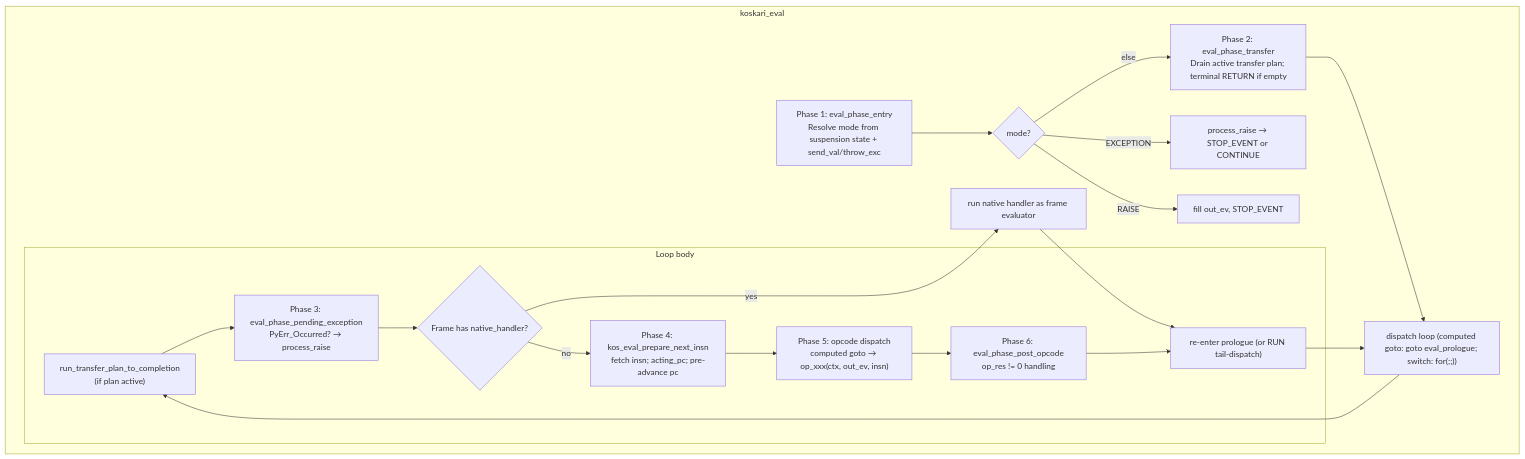
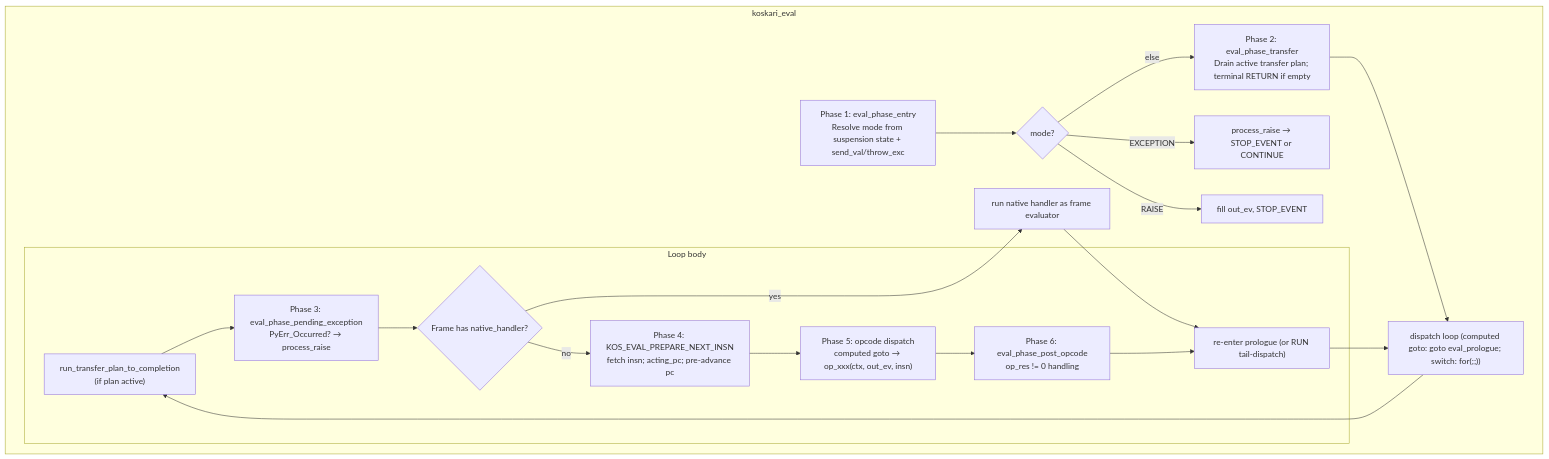
One commit to koskari-lang/koskari changed the first of 10 diagrams in design/EVALUATOR.md. Above: the diagram before and after it, drawn with Mermaid. The commit also changed other lines of this file and 12 other files, not shown here.

First line of the commit message:
eval: KOS_EVAL_PREPARE_NEXT_INSN macro; remove intern tracing

````diff
--- a/design/EVALUATOR.md
+++ b/design/EVALUATOR.md
@@ -26,31 +26,31 @@
 ```mermaid
 flowchart TD
     subgraph koskari_eval["koskari_eval"]
         P1["Phase 1: eval_phase_entry<br/>Resolve mode from suspension state + send_val/throw_exc"]
         mode_check{"mode?"}
         P2["Phase 2: eval_phase_transfer<br/>Drain active transfer plan; terminal RETURN if empty"]
         loop_start["dispatch loop (computed goto: goto eval_prologue; switch: for(;;))"]
 
         subgraph loop["Loop body"]
             Xfer["run_transfer_plan_to_completion<br/>(if plan active)"]
             P3["Phase 3: eval_phase_pending_exception<br/>PyErr_Occurred? → process_raise"]
             Native{"Frame has native_handler?"}
-            P4["Phase 4: kos_eval_prepare_next_insn<br>fetch insn; acting_pc; pre-advance pc"]
+            P4["Phase 4: KOS_EVAL_PREPARE_NEXT_INSN<br>fetch insn; acting_pc; pre-advance pc"]
             P5["Phase 5: opcode dispatch<br/>computed goto → op_xxx(ctx, out_ev, insn)"]
             P6["Phase 6: eval_phase_post_opcode<br>op_res != 0 handling"]
             next["re-enter prologue (or RUN tail-dispatch)"]
         end
 
         P1 --> mode_check
         mode_check -->|"EXCEPTION"| process_raise_1["process_raise → STOP_EVENT or CONTINUE"]
         mode_check -->|"RAISE"| fill_out_ev["fill out_ev, STOP_EVENT"]
         mode_check -->|"else"| P2
         P2 --> loop_start
         loop_start --> Xfer --> P3 --> Native
         Native -->|yes| run_native["run native handler as frame evaluator"]
         Native -->|no| P4
         run_native --> next
         P4 --> P5 --> P6 --> next
         next --> loop_start
     end
 ```
````
